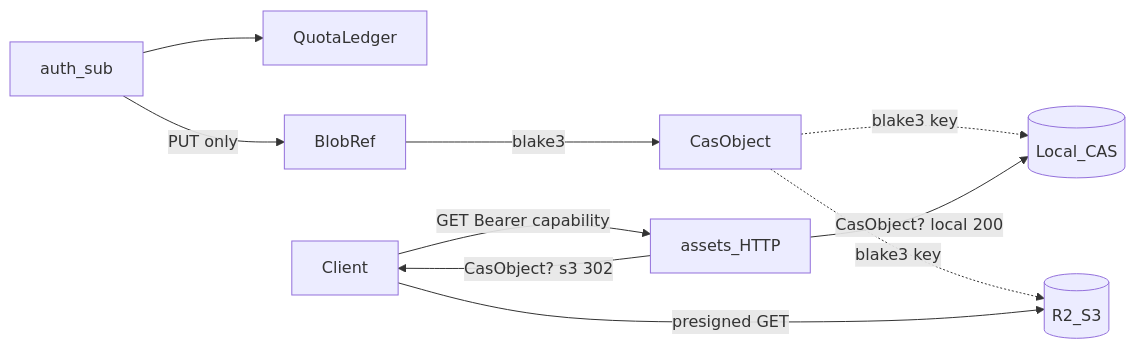
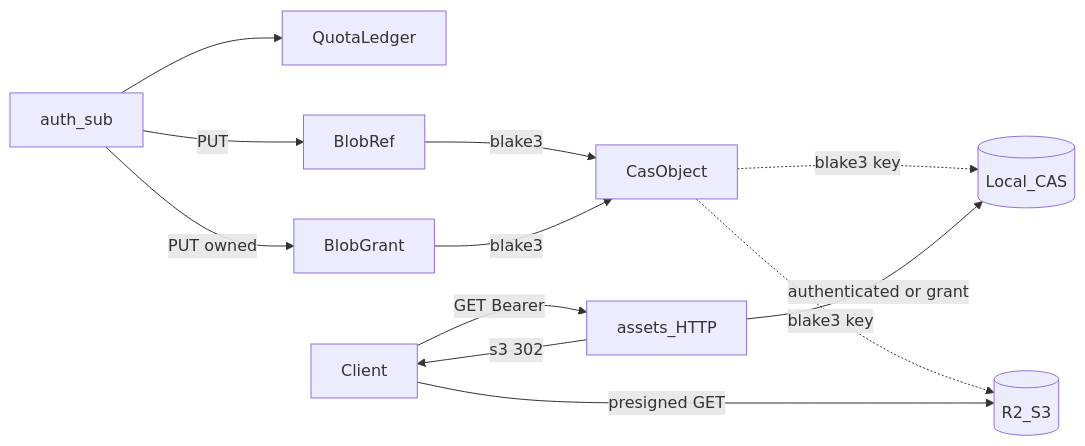
The diagram in .workspace/0_doc/architecture/assets-server.md (FRICK-ELDY/alchemy), drawn with Mermaid before and after one commit. The commit also changed other lines of this file and 14 other files, not shown here.

Commit message:
feat(x004f): BlobGrant MVP（案 A — 台帳 + grant_required）

````diff
--- a/.workspace/0_doc/architecture/assets-server.md
+++ b/.workspace/0_doc/architecture/assets-server.md
@@ -70,12 +83,14 @@
 ```mermaid
 flowchart LR
   UserRef[auth_sub] --> QuotaLedger
-  UserRef -->|"PUT only"| BlobRef
+  UserRef -->|"PUT"| BlobRef
+  UserRef -->|"PUT owned"| BlobGrant
   BlobRef -->|"blake3"| CasObject
+  BlobGrant -->|"blake3"| CasObject
   CasObject -.->|"blake3 key"| CASLocal[(Local_CAS)]
   CasObject -.->|"blake3 key"| CASR2[(R2_S3)]
-  Client -->|"GET Bearer capability"| API[assets_HTTP]
-  API -->|"CasObject? local 200"| CASLocal
-  API -->|"CasObject? s3 302"| Client
+  Client -->|"GET Bearer"| API[assets_HTTP]
+  API -->|"authenticated or grant"| CASLocal
+  API -->|"s3 302"| Client
   Client -->|"presigned GET"| CASR2
 ```
````
